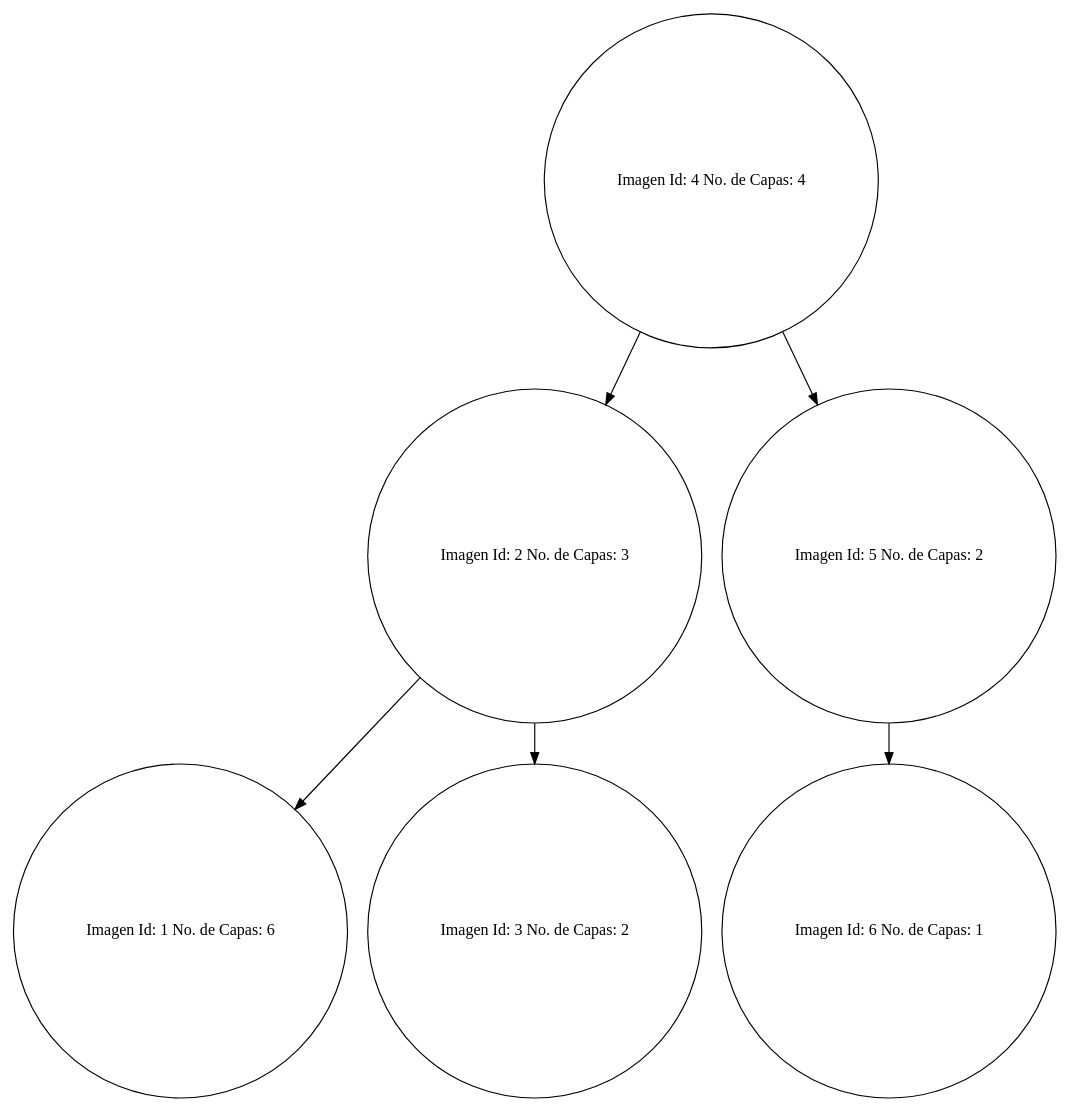
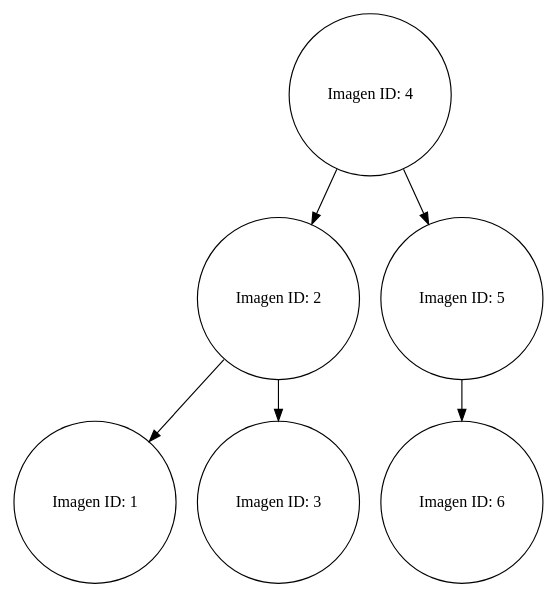
The diagram in Fase 2/fase2_EDD/Clientes/Cliente_7/Imagenes/Arbol_AVL_Imagenes/Arbol_AVL_Imagenes.dot (diegomazariegos2002/EDD_UDRAWING_FASE_202003975), drawn with Graphviz before and after one commit. The commit also changed 79 other files, not shown here.

```diff
--- a/Fase 2/fase2_EDD/Clientes/Cliente_7/Imagenes/Arbol_AVL_Imagenes/Arbol_AVL_Imagenes.dot
+++ b/Fase 2/fase2_EDD/Clientes/Cliente_7/Imagenes/Arbol_AVL_Imagenes/Arbol_AVL_Imagenes.dot
@@ -1,25 +1,25 @@
 digraph binaryTree { 
 node[shape = circle]; 
 
-Nodo616960725[label = "Imagen Id: 4 No. de Capas: 4"];
+Nodo1261031558[label = "Imagen ID: 4"];
 
-Nodo616960725 -> Nodo2073177497; 
+Nodo1261031558 -> Nodo1155894; 
 
-Nodo616960725 -> Nodo1456194094; 
+Nodo1261031558 -> Nodo1225754354; 
 
-Nodo2073177497[label = "Imagen Id: 2 No. de Capas: 3"];
+Nodo1155894[label = "Imagen ID: 2"];
 
-Nodo2073177497 -> Nodo553101674; 
+Nodo1155894 -> Nodo1369305511; 
 
-Nodo2073177497 -> Nodo884164379; 
+Nodo1155894 -> Nodo1421194994; 
 
-Nodo553101674[label = "Imagen Id: 1 No. de Capas: 6"];
+Nodo1369305511[label = "Imagen ID: 1"];
 
-Nodo884164379[label = "Imagen Id: 3 No. de Capas: 2"];
+Nodo1421194994[label = "Imagen ID: 3"];
 
-Nodo1456194094[label = "Imagen Id: 5 No. de Capas: 2"];
+Nodo1225754354[label = "Imagen ID: 5"];
 
-Nodo1456194094 -> Nodo1588026097; 
+Nodo1225754354 -> Nodo1504753473; 
 
-Nodo1588026097[label = "Imagen Id: 6 No. de Capas: 1"];
+Nodo1504753473[label = "Imagen ID: 6"];
 }
```
